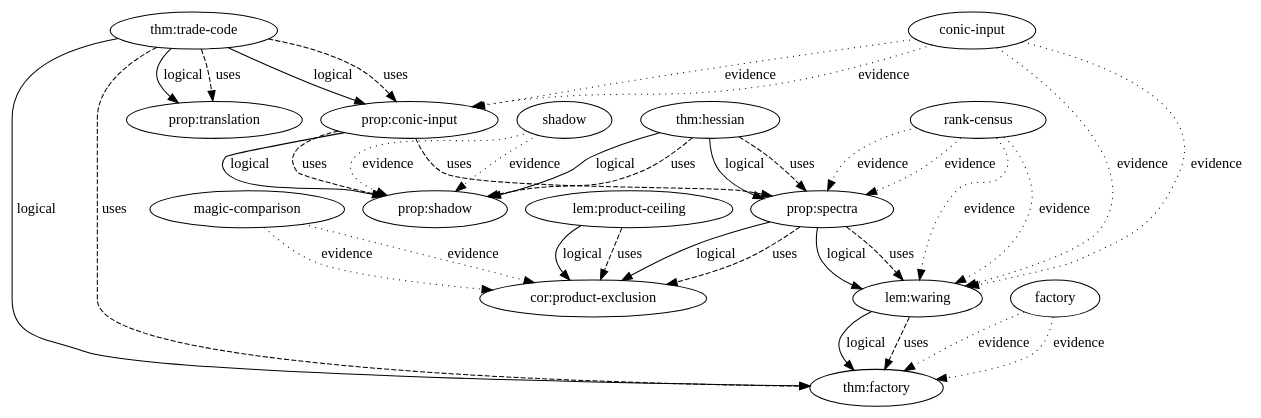
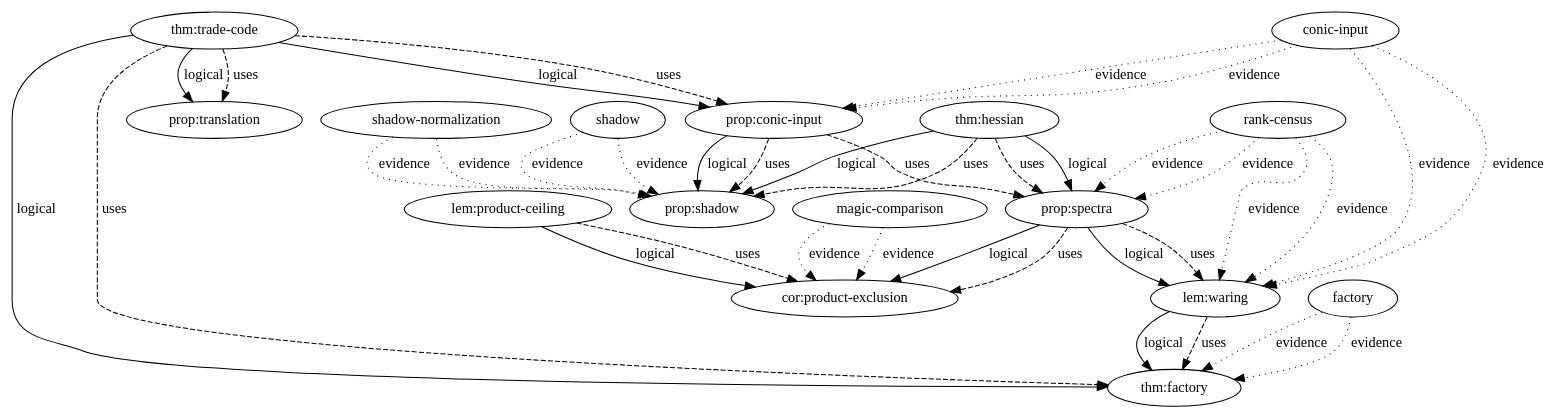
One commit to tavisrudd/othello changed the diagram in papers/clebsch-cubic-phase/verification/dependency-graph.dot. Above: the diagram before and after it, drawn with Graphviz. The commit also changed 21 other files, not shown here.

```diff
--- a/papers/clebsch-cubic-phase/verification/dependency-graph.dot
+++ b/papers/clebsch-cubic-phase/verification/dependency-graph.dot
@@ -1,47 +1,49 @@
 digraph dependencies {
   "cor:product-exclusion" [style=filled, fillcolor=white];
   "lem:product-ceiling" [style=filled, fillcolor=white];
   "lem:waring" [style=filled, fillcolor=white];
   "prop:conic-input" [style=filled, fillcolor=white];
   "prop:shadow" [style=filled, fillcolor=white];
   "prop:spectra" [style=filled, fillcolor=white];
   "prop:translation" [style=filled, fillcolor=white];
   "thm:factory" [style=filled, fillcolor=white];
   "thm:hessian" [style=filled, fillcolor=white];
   "thm:trade-code" [style=filled, fillcolor=white];
   "conic-input" -> "lem:waring" [style=dotted, label="evidence"];
   "conic-input" -> "lem:waring" [style=dotted, label="evidence"];
   "conic-input" -> "prop:conic-input" [style=dotted, label="evidence"];
   "conic-input" -> "prop:conic-input" [style=dotted, label="evidence"];
   "factory" -> "thm:factory" [style=dotted, label="evidence"];
   "factory" -> "thm:factory" [style=dotted, label="evidence"];
   "lem:product-ceiling" -> "cor:product-exclusion" [style=solid, label="logical"];
   "lem:product-ceiling" -> "cor:product-exclusion" [style=dashed, label="uses"];
   "lem:waring" -> "thm:factory" [style=solid, label="logical"];
   "lem:waring" -> "thm:factory" [style=dashed, label="uses"];
   "magic-comparison" -> "cor:product-exclusion" [style=dotted, label="evidence"];
   "magic-comparison" -> "cor:product-exclusion" [style=dotted, label="evidence"];
   "prop:conic-input" -> "prop:shadow" [style=solid, label="logical"];
   "prop:conic-input" -> "prop:shadow" [style=dashed, label="uses"];
   "prop:conic-input" -> "prop:spectra" [style=dashed, label="uses"];
   "prop:spectra" -> "cor:product-exclusion" [style=solid, label="logical"];
   "prop:spectra" -> "cor:product-exclusion" [style=dashed, label="uses"];
   "prop:spectra" -> "lem:waring" [style=solid, label="logical"];
   "prop:spectra" -> "lem:waring" [style=dashed, label="uses"];
   "rank-census" -> "lem:waring" [style=dotted, label="evidence"];
   "rank-census" -> "lem:waring" [style=dotted, label="evidence"];
   "rank-census" -> "prop:spectra" [style=dotted, label="evidence"];
   "rank-census" -> "prop:spectra" [style=dotted, label="evidence"];
   "shadow" -> "prop:shadow" [style=dotted, label="evidence"];
   "shadow" -> "prop:shadow" [style=dotted, label="evidence"];
+  "shadow-normalization" -> "prop:shadow" [style=dotted, label="evidence"];
+  "shadow-normalization" -> "prop:shadow" [style=dotted, label="evidence"];
   "thm:hessian" -> "prop:shadow" [style=solid, label="logical"];
   "thm:hessian" -> "prop:shadow" [style=dashed, label="uses"];
   "thm:hessian" -> "prop:spectra" [style=solid, label="logical"];
   "thm:hessian" -> "prop:spectra" [style=dashed, label="uses"];
   "thm:trade-code" -> "prop:conic-input" [style=solid, label="logical"];
   "thm:trade-code" -> "prop:conic-input" [style=dashed, label="uses"];
   "thm:trade-code" -> "prop:translation" [style=solid, label="logical"];
   "thm:trade-code" -> "prop:translation" [style=dashed, label="uses"];
   "thm:trade-code" -> "thm:factory" [style=solid, label="logical"];
   "thm:trade-code" -> "thm:factory" [style=dashed, label="uses"];
 }
```
